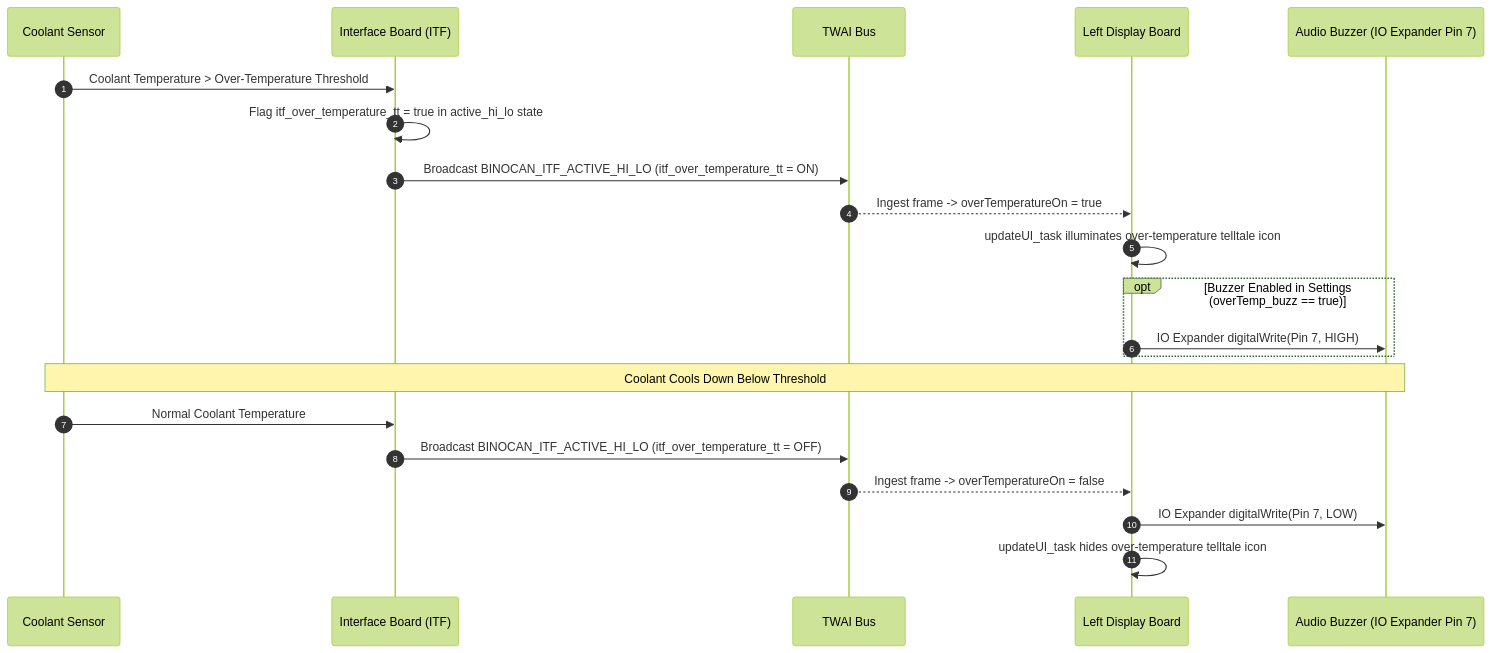
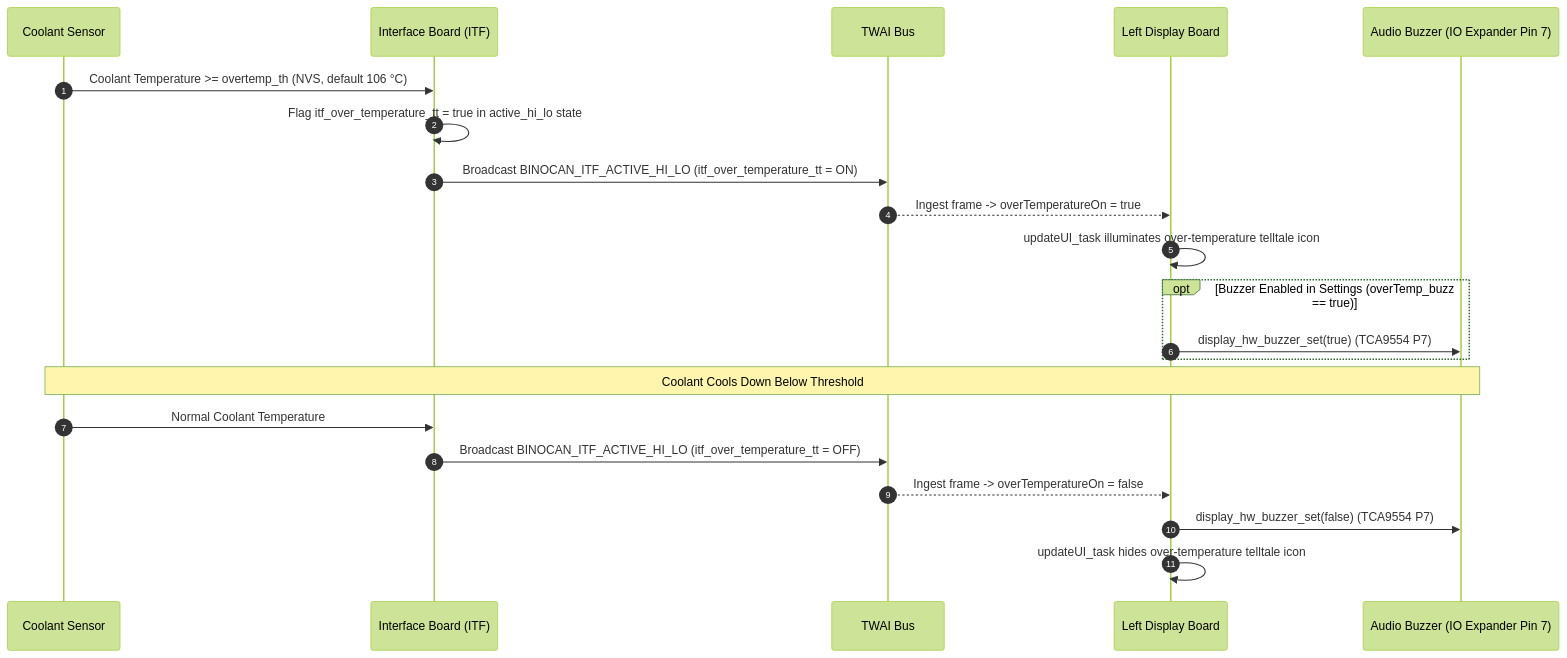
One commit to martinroger/vx-binocle-espidf changed the third of 5 diagrams in docs/SCENARIOS.md. Above: the diagram before and after it, drawn with Mermaid (forest theme). The commit also changed other lines of this file and 26 other files, not shown here.

````diff
--- a/docs/SCENARIOS.md
+++ b/docs/SCENARIOS.md
@@ -81,26 +81,26 @@
 ```mermaid
 sequenceDiagram
     autonumber
     participant SENS as Coolant Sensor
     participant ITF as Interface Board (ITF)
     participant CAN as TWAI Bus
     participant LDB as Left Display Board
     participant BUZZ as Audio Buzzer (IO Expander Pin 7)
 
-    SENS->>ITF: Coolant Temperature > Over-Temperature Threshold
+    SENS->>ITF: Coolant Temperature >= overtemp_th (NVS, default 106 °C)
     ITF->>ITF: Flag itf_over_temperature_tt = true in active_hi_lo state
     ITF->>CAN: Broadcast BINOCAN_ITF_ACTIVE_HI_LO (itf_over_temperature_tt = ON)
     CAN-->>LDB: Ingest frame -> overTemperatureOn = true
     
     LDB->>LDB: updateUI_task illuminates over-temperature telltale icon
     opt Buzzer Enabled in Settings (overTemp_buzz == true)
-        LDB->>BUZZ: IO Expander digitalWrite(Pin 7, HIGH)
+        LDB->>BUZZ: display_hw_buzzer_set(true) (TCA9554 P7)
     end
     
     Note over SENS, BUZZ: Coolant Cools Down Below Threshold
     SENS->>ITF: Normal Coolant Temperature
     ITF->>CAN: Broadcast BINOCAN_ITF_ACTIVE_HI_LO (itf_over_temperature_tt = OFF)
     CAN-->>LDB: Ingest frame -> overTemperatureOn = false
-    LDB->>BUZZ: IO Expander digitalWrite(Pin 7, LOW)
+    LDB->>BUZZ: display_hw_buzzer_set(false) (TCA9554 P7)
     LDB->>LDB: updateUI_task hides over-temperature telltale icon
 ```
````
